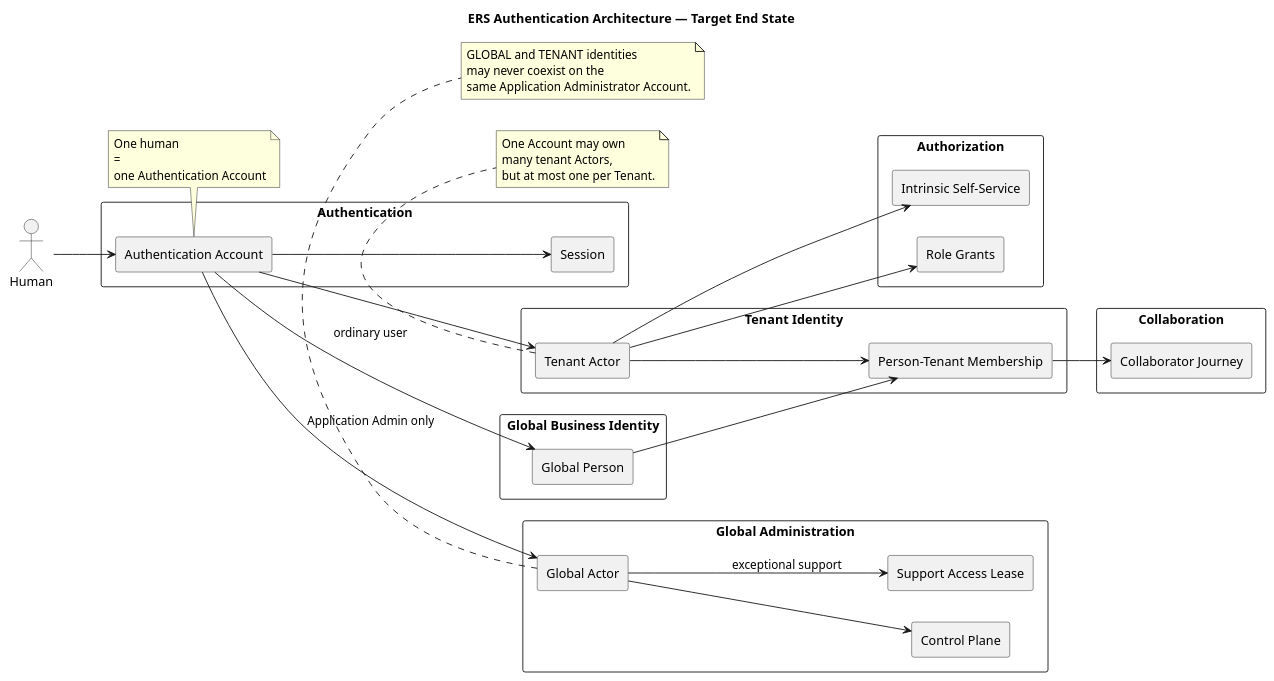
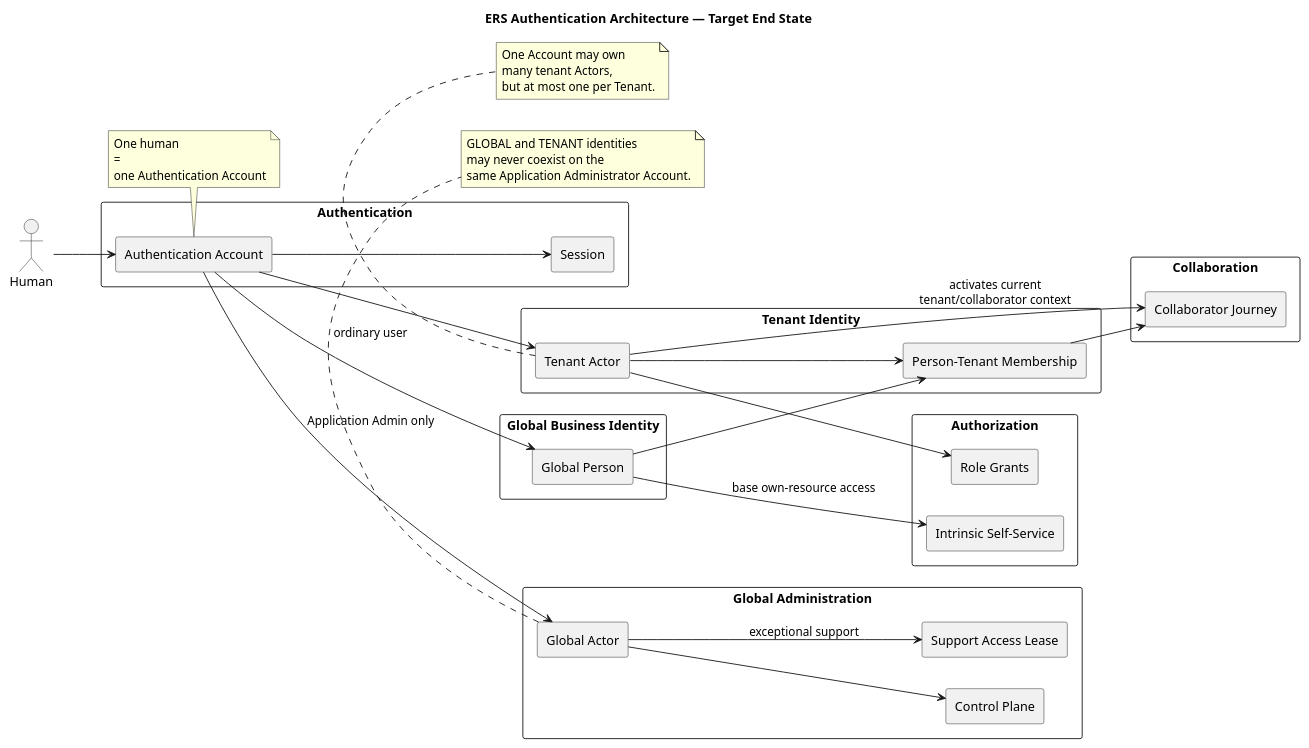
One commit to RodrigoMattosoSilveira/EnterpriseRemoteSystems changed the diagram in docs/uml/authentication/12. Target End-State Authentication Architecture.puml. Above: the diagram before and after it, drawn with PlantUML. The commit also changed 17 other files, not shown here.

Commit message:
Login a Person without any Tenant Membership

```diff
--- a/docs/uml/authentication/12. Target End-State Authentication Architecture.puml
+++ b/docs/uml/authentication/12. Target End-State Authentication Architecture.puml
@@ -1,72 +1,73 @@
 @startuml
 title ERS Authentication Architecture — Target End State
 
 left to right direction
 
 actor Human
 
 rectangle "Authentication" {
   rectangle "Authentication Account" as Account
   rectangle "Session" as Session
 }
 
 rectangle "Global Business Identity" {
   rectangle "Global Person" as Person
 }
 
 rectangle "Tenant Identity" {
   rectangle "Person–Tenant Membership" as Membership
   rectangle "Tenant Actor" as TenantActor
 }
 
 rectangle "Authorization" {
   rectangle "Intrinsic Self-Service" as Self
   rectangle "Role Grants" as Grants
 }
 
 rectangle "Collaboration" {
   rectangle "Collaborator Journey" as Journey
 }
 
 rectangle "Global Administration" {
   rectangle "Global Actor" as GlobalActor
   rectangle "Control Plane" as Control
   rectangle "Support Access Lease" as Lease
 }
 
 Human --> Account
 Account --> Session
 
 Account --> Person : ordinary user
+Person --> Self : base own-resource access
 Person --> Membership
 Account --> TenantActor
 TenantActor --> Membership
 
 Membership --> Journey
 
-TenantActor --> Self
 TenantActor --> Grants
+TenantActor --> Journey : activates current\ntenant/collaborator context
 
 Account --> GlobalActor : Application Admin only
 GlobalActor --> Control
 GlobalActor --> Lease : exceptional support
 
 note bottom of Account
 One human
 =
 one Authentication Account
 end note
 
 note bottom of TenantActor
 One Account may own
 many tenant Actors,
 but at most one per Tenant.
 end note
 
 note bottom of GlobalActor
 GLOBAL and TENANT identities
 may never coexist on the
 same Application Administrator Account.
 end note
 
 @enduml
```
